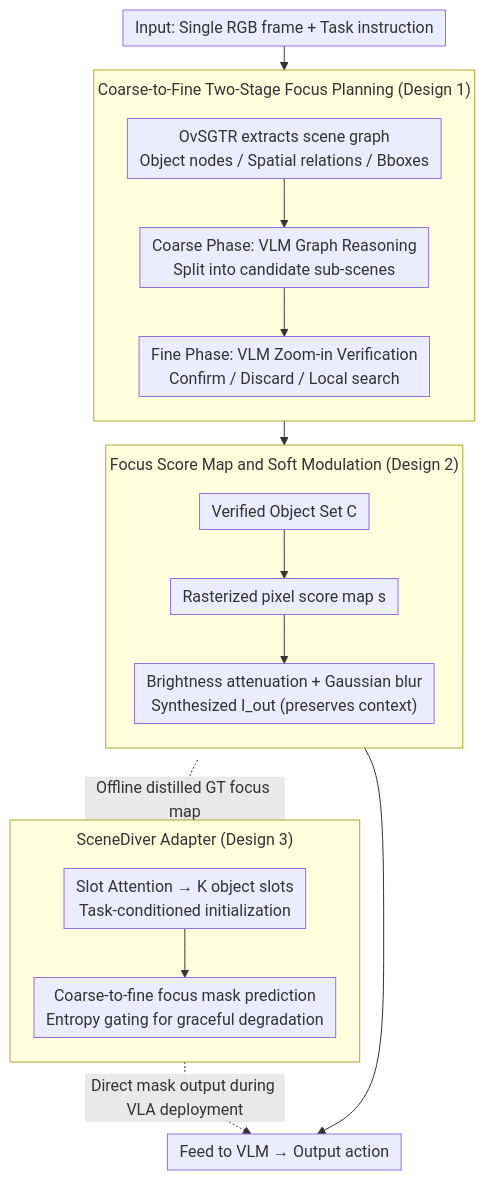
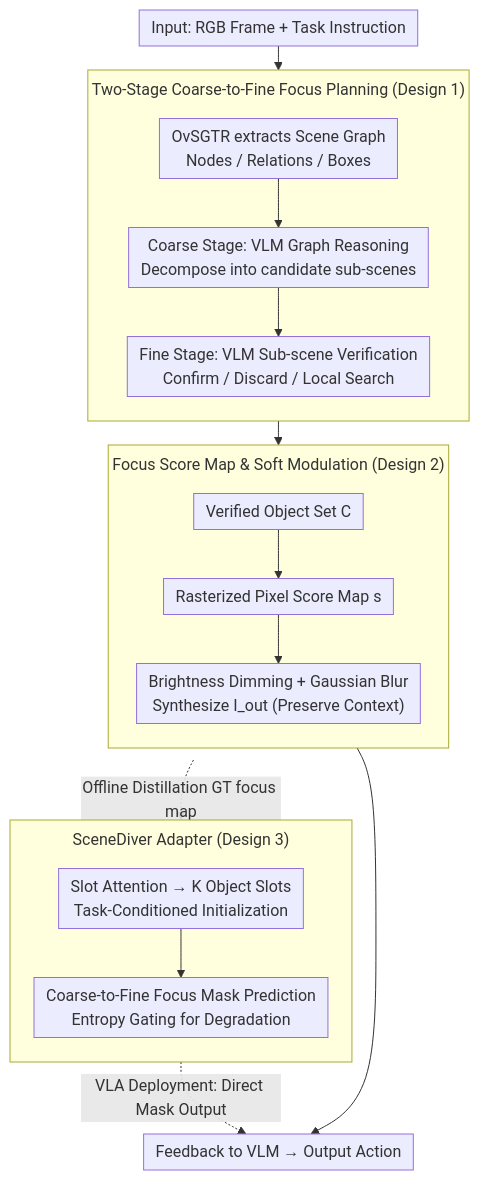
The diagram in docs/ICML2026/robotics/dive_into_the_scene_breaking_the_perceptual_bottleneck_in_vision-language_decisi.md (zhaoyang97/Paper-Notes-en), drawn with Mermaid before and after one commit. The commit also changed other lines of this file and 5084 other files, not shown here.

````diff
--- a/docs/ICML2026/robotics/dive_into_the_scene_breaking_the_perceptual_bottleneck_in_vision-language_decisi.md
+++ b/docs/ICML2026/robotics/dive_into_the_scene_breaking_the_perceptual_bottleneck_in_vision-language_decisi.md
@@ -44,24 +44,24 @@
 ```mermaid
 %%{init: {'flowchart': {'rankSpacing': 24, 'nodeSpacing': 28, 'padding': 6, 'wrappingWidth': 400, 'subGraphTitleMargin': {'top': 8, 'bottom': 16}}}}%%
 flowchart TD
-    A["Input: Single RGB frame + Task instruction"]
-    subgraph PLAN["Coarse-to-Fine Two-Stage Focus Planning (Design 1)"]
+    A["Input: RGB Frame + Task Instruction"]
+    subgraph PLAN["Two-Stage Coarse-to-Fine Focus Planning (Design 1)"]
         direction TB
-        SG["OvSGTR extracts scene graph<br/>Object nodes / Spatial relations / Bboxes"] --> C["Coarse Phase: VLM Graph Reasoning<br/>Split into candidate sub-scenes"]
-        C --> F["Fine Phase: VLM Zoom-in Verification<br/>Confirm / Discard / Local search"]
+        SG["OvSGTR extracts Scene Graph<br/>Nodes / Relations / Boxes"] --> C["Coarse Stage: VLM Graph Reasoning<br/>Decompose into candidate sub-scenes"]
+        C --> F["Fine Stage: VLM Sub-scene Verification<br/>Confirm / Discard / Local Search"]
     end
     A --> SG
     F --> SET["Verified Object Set C"]
-    subgraph MOD["Focus Score Map and Soft Modulation (Design 2)"]
+    subgraph MOD["Focus Score Map & Soft Modulation (Design 2)"]
         direction TB
-        SET --> S["Rasterized pixel score map s"]
-        S --> IO["Brightness attenuation + Gaussian blur<br/>Synthesized I_out (preserves context)"]
+        SET --> S["Rasterized Pixel Score Map s"]
+        S --> IO["Brightness Dimming + Gaussian Blur<br/>Synthesize I_out (Preserve Context)"]
     end
-    IO --> ACT["Feed to VLM → Output action"]
+    IO --> ACT["Feedback to VLM → Output Action"]
     subgraph AD["SceneDiver Adapter (Design 3)"]
         direction TB
-        SA["Slot Attention → K object slots<br/>Task-conditioned initialization"] --> MP["Coarse-to-fine focus mask prediction<br/>Entropy gating for graceful degradation"]
+        SA["Slot Attention → K Object Slots<br/>Task-Conditioned Initialization"] --> MP["Coarse-to-Fine Focus Mask Prediction<br/>Entropy Gating for Degradation"]
     end
-    MOD -.Offline distilled GT focus map.-> AD
-    AD -.Direct mask output during VLA deployment.-> ACT
+    MOD -.Offline Distillation GT focus map.-> AD
+    AD -.VLA Deployment: Direct Mask Output.-> ACT
 ```
````
